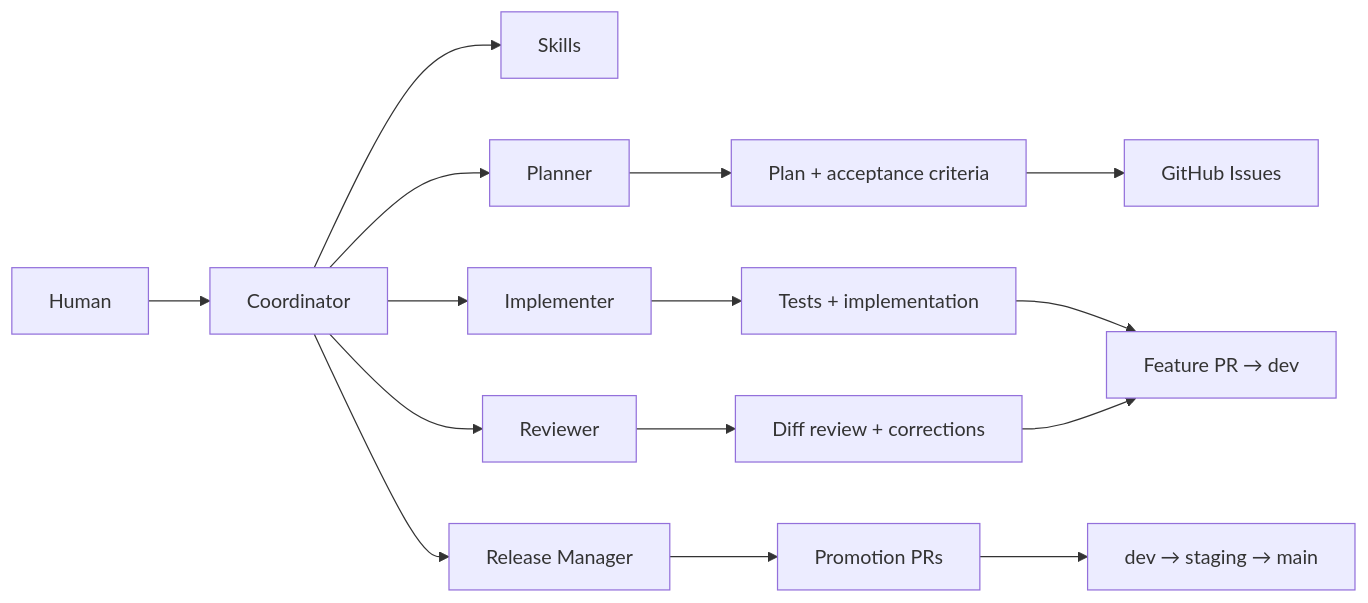
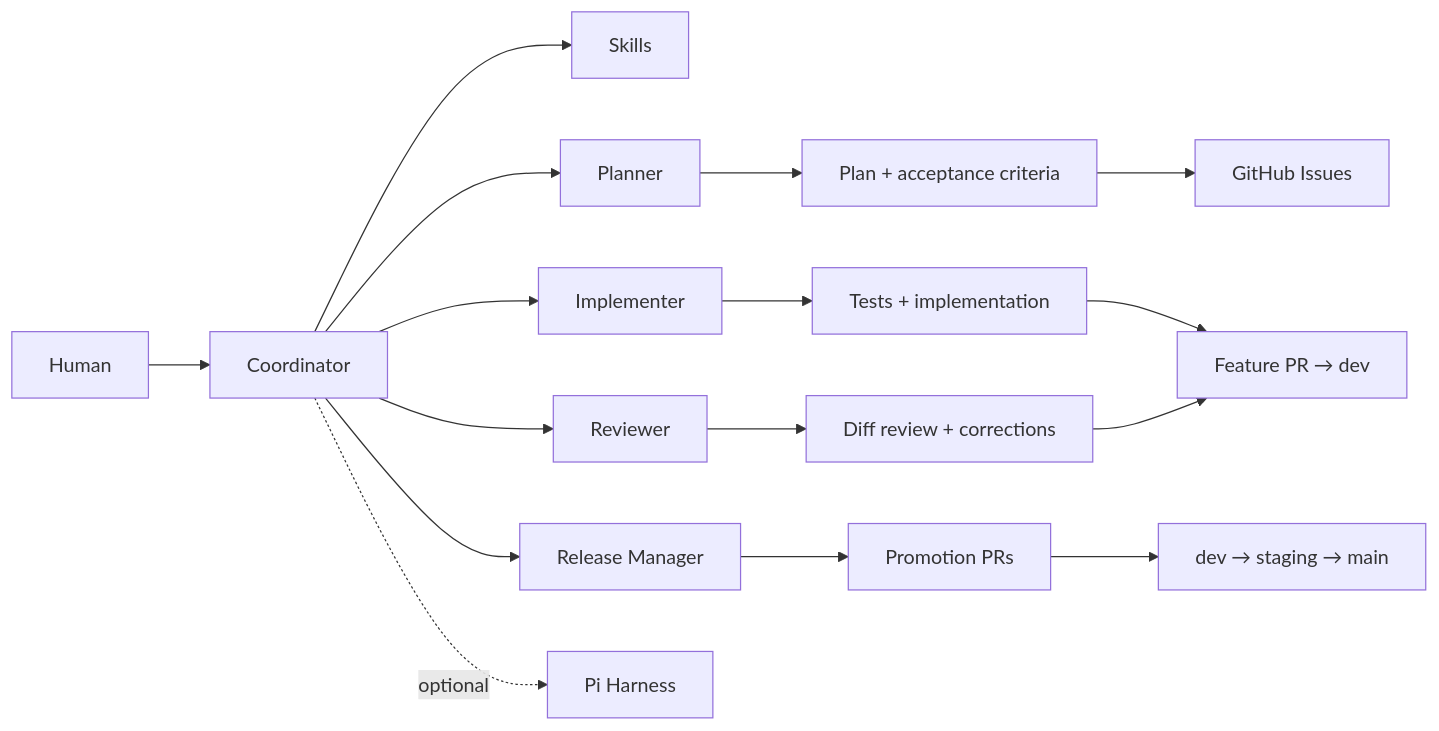
One commit to oneezy/agent-workflow changed the fourth of 6 diagrams in README.md. Above: the diagram before and after it, drawn with Mermaid. The commit also changed other lines of this file, not shown here.

````diff
--- a/README.md
+++ b/README.md
@@ -1191,19 +1371,20 @@
 ```mermaid
 flowchart LR
   HUMAN["Human"] --> COORD["Coordinator"]
   COORD --> SKILLS["Skills"]
   COORD --> PLANNER["Planner"]
   COORD --> IMPL["Implementer"]
   COORD --> REVIEWER["Reviewer"]
   COORD --> RELEASE["Release Manager"]
+  COORD -. optional .-> PI["Pi Harness"]
 
   PLANNER --> SPEC["Plan + acceptance criteria"]
   IMPL --> CODE["Tests + implementation"]
   REVIEWER --> REVIEW["Diff review + corrections"]
   RELEASE --> PROMOTE["Promotion PRs"]
 
   SPEC --> GH["GitHub Issues"]
   CODE --> GHPR["Feature PR → dev"]
   REVIEW --> GHPR
   PROMOTE --> STPR["dev → staging → main"]
 ```
````
